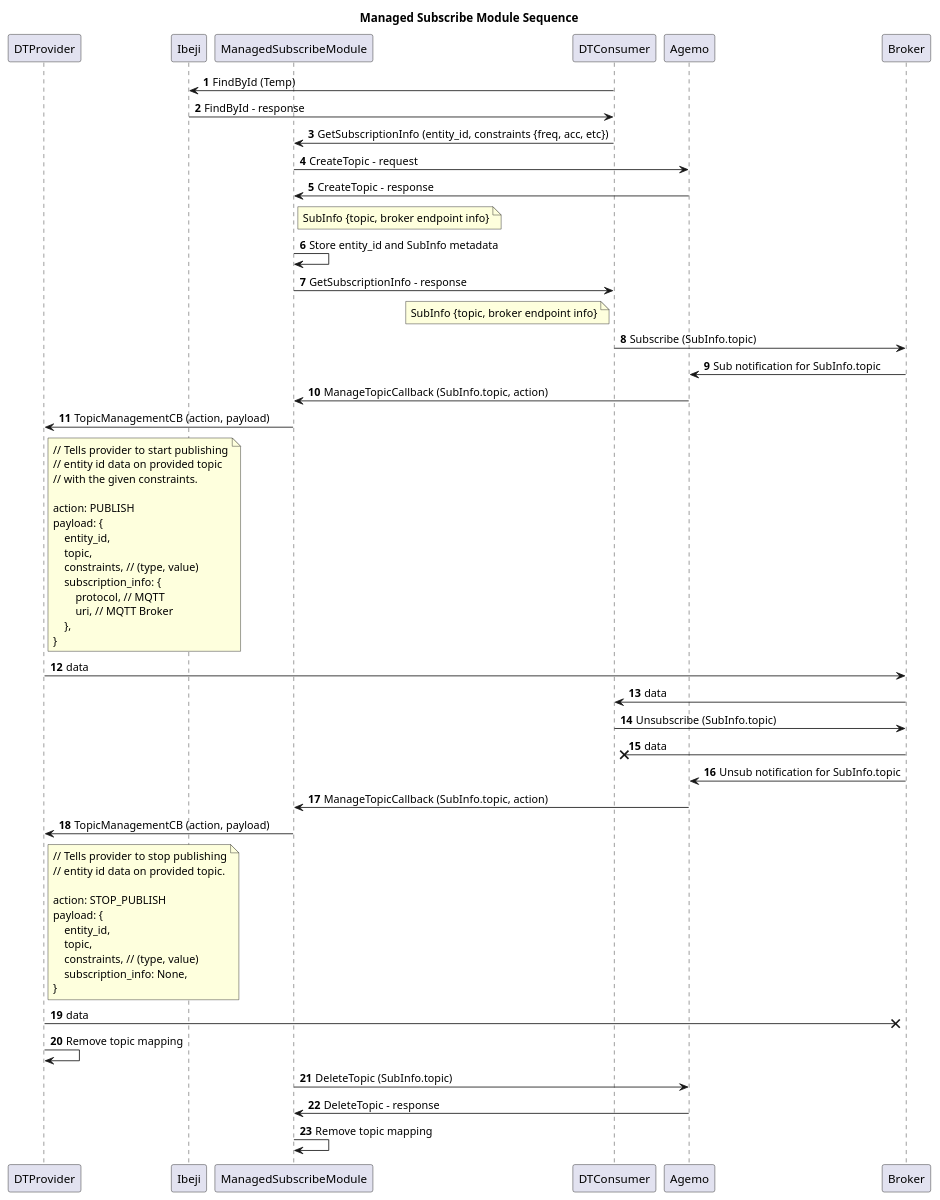
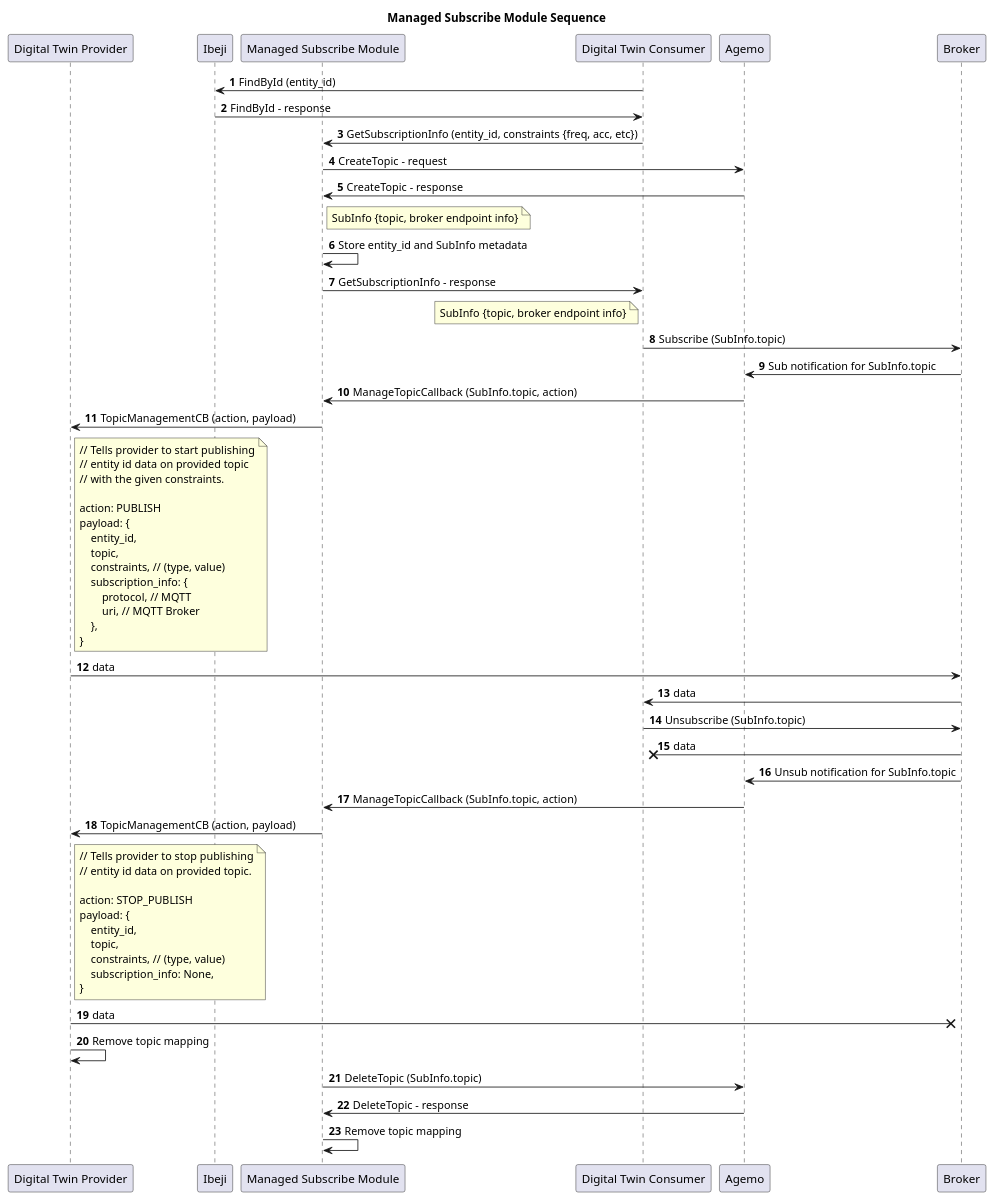
The diagram in docs/design/diagrams/managed_subscribe_module_sequence.puml (eclipse-ibeji/ibeji), drawn with PlantUML before and after one commit. The commit also changed 5 other files, not shown here.

Commit message:
Update readme and diagrams based on comments

```diff
--- a/docs/design/diagrams/managed_subscribe_module_sequence.puml
+++ b/docs/design/diagrams/managed_subscribe_module_sequence.puml
@@ -1,65 +1,65 @@
 @startuml Managed Subscribe Module
 title Managed Subscribe Module Sequence
-participant DTProvider
+participant "Digital Twin Provider" as DTProvider
 participant Ibeji
-participant ManagedSubscribeModule
-participant DTConsumer
+participant "Managed Subscribe Module" as ManagedSubscribeModule
+participant "Digital Twin Consumer" as DTConsumer
 participant Agemo
 participant Broker
 
 autonumber
 
-DTConsumer -> Ibeji: FindById (Temp)
+DTConsumer -> Ibeji: FindById (entity_id)
 DTConsumer <- Ibeji: FindById - response
 DTConsumer -> ManagedSubscribeModule: GetSubscriptionInfo (entity_id, constraints {freq, acc, etc})
 ManagedSubscribeModule -> Agemo: CreateTopic - request
 Agemo -> ManagedSubscribeModule: CreateTopic - response
 note right of ManagedSubscribeModule: SubInfo {topic, broker endpoint info}
 ManagedSubscribeModule -> ManagedSubscribeModule: Store entity_id and SubInfo metadata
 ManagedSubscribeModule -> DTConsumer: GetSubscriptionInfo - response
 note left of DTConsumer: SubInfo {topic, broker endpoint info}
 DTConsumer -> Broker: Subscribe (SubInfo.topic)
 Broker -> Agemo: Sub notification for SubInfo.topic
 Agemo -> ManagedSubscribeModule: ManageTopicCallback (SubInfo.topic, action)
 ManagedSubscribeModule -> DTProvider: TopicManagementCB (action, payload)
 note right of DTProvider
 // Tells provider to start publishing
 // entity id data on provided topic
 // with the given constraints.
 
 action: PUBLISH
 payload: {
     entity_id,
     topic,
     constraints, // (type, value)
     subscription_info: {
         protocol, // MQTT
         uri, // MQTT Broker
     },
 }
 end note
 DTProvider -> Broker: data
 DTConsumer <- Broker : data
 DTConsumer -> Broker: Unsubscribe (SubInfo.topic)
 DTConsumer x<- Broker: data
 Broker -> Agemo: Unsub notification for SubInfo.topic
 Agemo -> ManagedSubscribeModule: ManageTopicCallback (SubInfo.topic, action)
 DTProvider <- ManagedSubscribeModule: TopicManagementCB (action, payload)
 note right of DTProvider
 // Tells provider to stop publishing
 // entity id data on provided topic.
 
 action: STOP_PUBLISH
 payload: {
     entity_id,
     topic,
     constraints, // (type, value)
     subscription_info: None,
 }
 end note
 DTProvider ->x Broker: data
 DTProvider -> DTProvider: Remove topic mapping
 ManagedSubscribeModule -> Agemo: DeleteTopic (SubInfo.topic)
 ManagedSubscribeModule <- Agemo: DeleteTopic - response
 ManagedSubscribeModule -> ManagedSubscribeModule: Remove topic mapping
 @enduml
```
